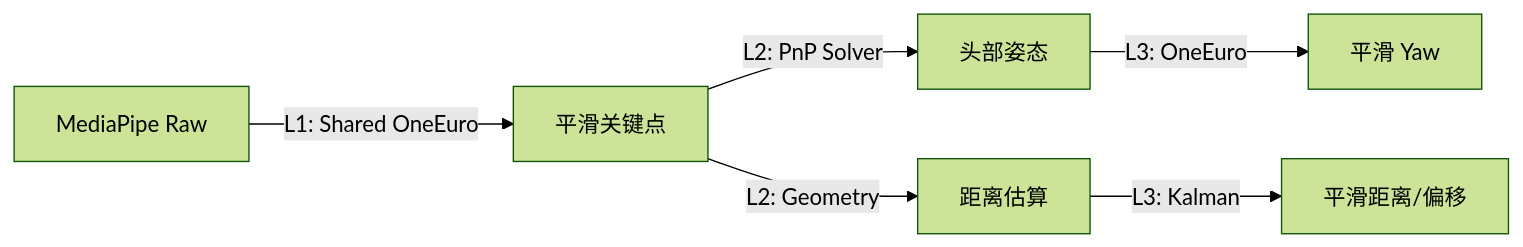
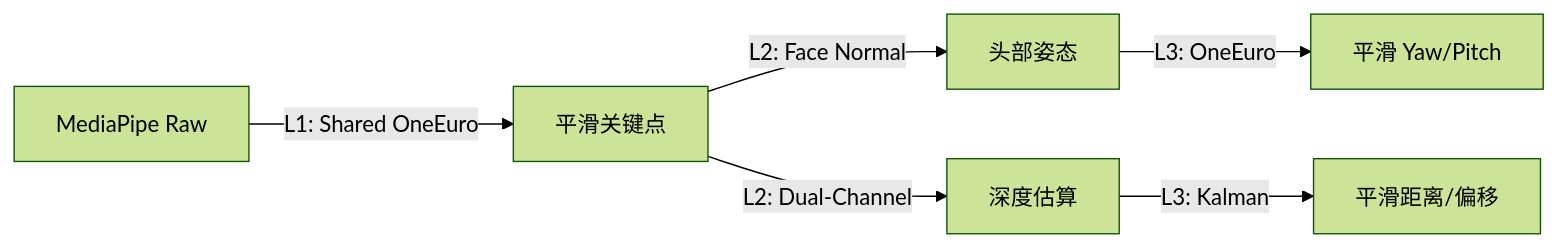
Before and after one commit to Hainzcn/FrustumGaze: the third of 3 diagrams in docs/architecture.md, drawn with Mermaid (forest theme). The commit also changed other lines of this file and 3 other files, not shown here.

````diff
--- a/docs/architecture.md
+++ b/docs/architecture.md
@@ -173,8 +176,8 @@
 ```mermaid
 graph LR
     Raw[MediaPipe Raw] -->|L1: Shared OneEuro| Keypoints[平滑关键点]
-    Keypoints -->|L2: PnP Solver| Pose[头部姿态]
-    Keypoints -->|L2: Geometry| Dist[距离估算]
-    Pose -->|L3: OneEuro| SmoothYaw[平滑 Yaw]
+    Keypoints -->|L2: Face Normal| Pose[头部姿态]
+    Keypoints -->|L2: Dual-Channel| Dist[深度估算]
+    Pose -->|L3: OneEuro| SmoothYaw[平滑 Yaw/Pitch]
     Dist -->|L3: Kalman| FinalData[平滑距离/偏移]
 ```
````
